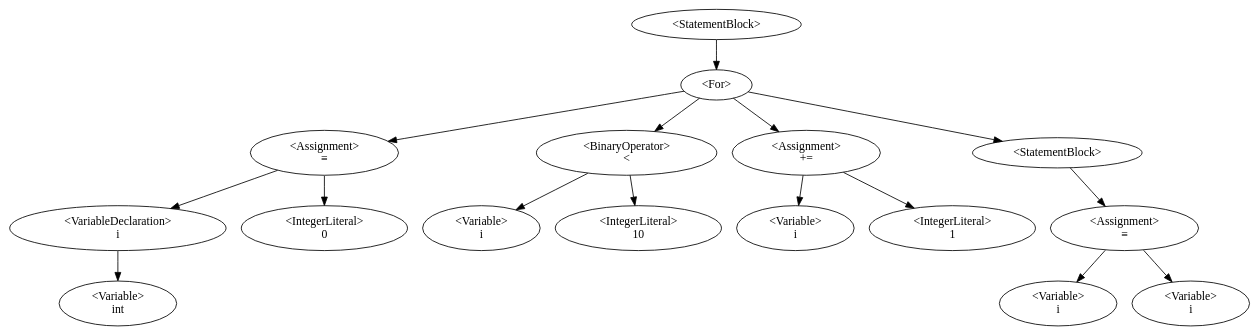
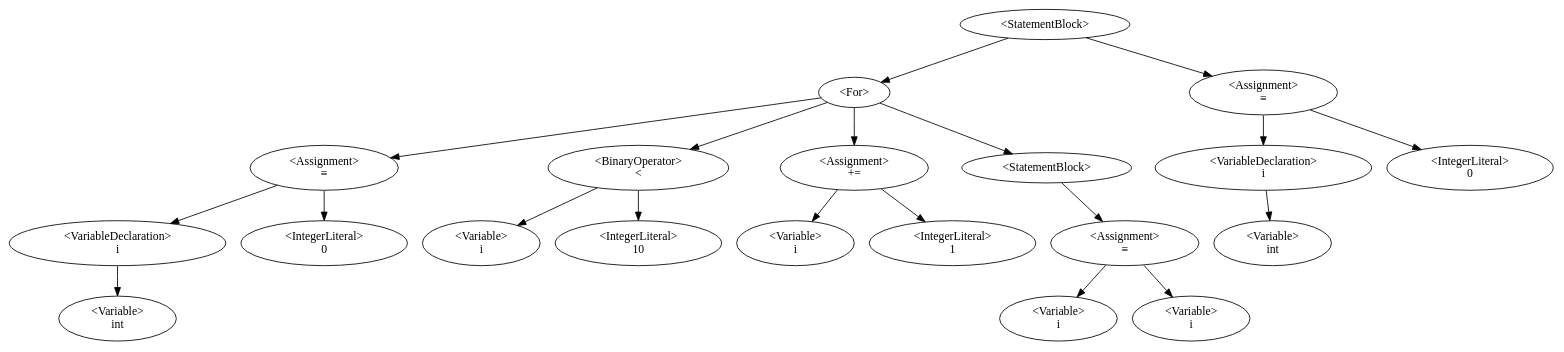
One commit to QazmoQwerty/dino changed the diagram in Dino/Dino/AstDisplay.gv. Above: the diagram before and after it, drawn with Graphviz. The commit also changed 2 other files, not shown here.

```diff
--- a/Dino/Dino/AstDisplay.gv
+++ b/Dino/Dino/AstDisplay.gv
@@ -1,18 +1,22 @@
 digraph G {
-0 [label="<StatementBlock>"];0->1;
+0 [label="<StatementBlock>"];0->1;0->18;
 1 [label="<For>"];1->4;1->7;1->10;1->12;
 4 [label="<Assignment>\n≡"];4->3;4->5;
 3 [label="<VariableDeclaration>\ni"];3->2;
 2 [label="<Variable>\nint"];
 5 [label="<IntegerLiteral>\n0"];
 7 [label="<BinaryOperator>\n<"];7->6;7->8;
 6 [label="<Variable>\ni"];
 8 [label="<IntegerLiteral>\n10"];
 10 [label="<Assignment>\n+="];10->9;10->11;
 9 [label="<Variable>\ni"];
 11 [label="<IntegerLiteral>\n1"];
 12 [label="<StatementBlock>"];12->14;
 14 [label="<Assignment>\n≡"];14->13;14->15;
 13 [label="<Variable>\ni"];
 15 [label="<Variable>\ni"];
+18 [label="<Assignment>\n≡"];18->17;18->19;
+17 [label="<VariableDeclaration>\ni"];17->16;
+16 [label="<Variable>\nint"];
+19 [label="<IntegerLiteral>\n0"];
 }
```
